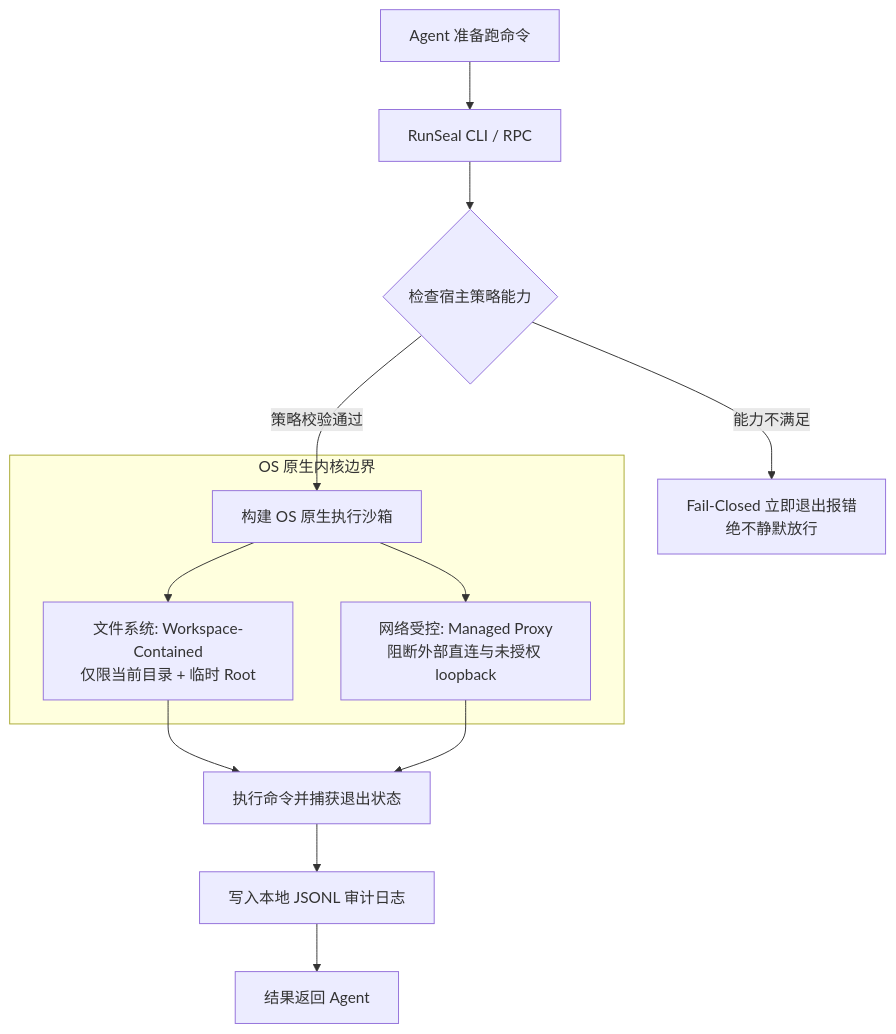
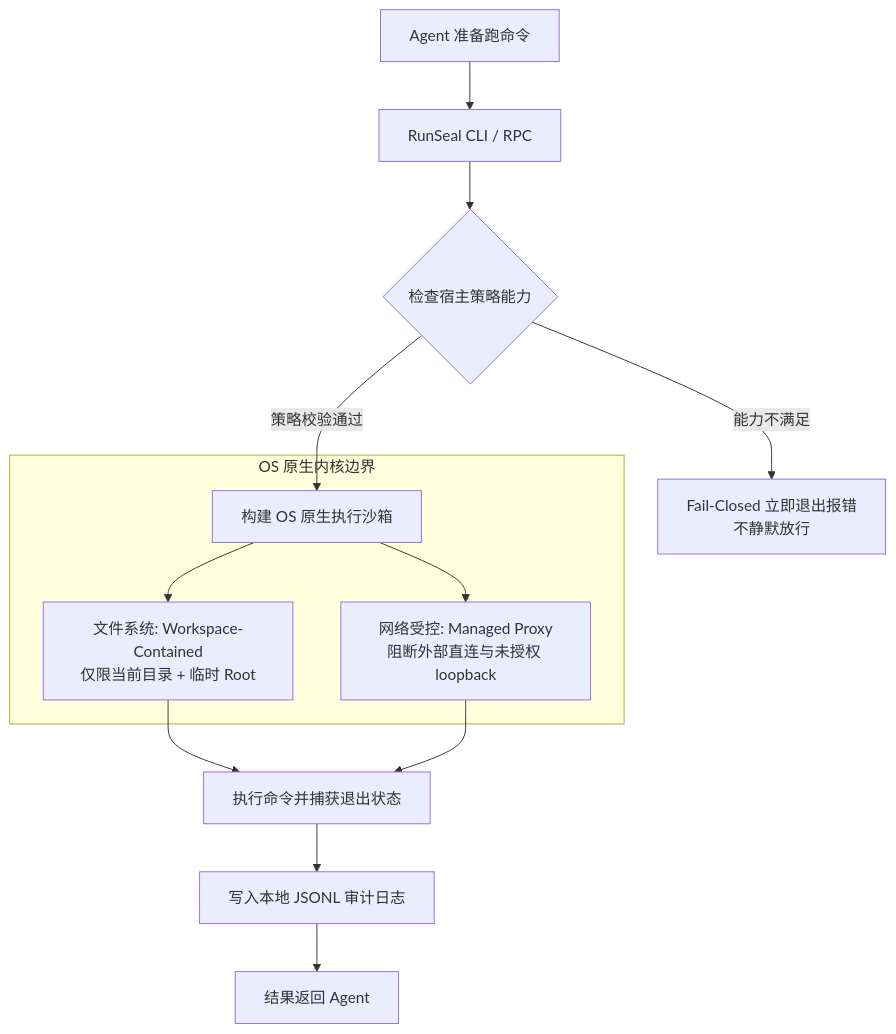
Before and after one commit to ferstar/blog: the diagram in content/posts/local-first-agent-execution-boundary-runseal.md, drawn with Mermaid. The commit also changed other lines of this file and 1 other file, not shown here.

```diff
--- a/content/posts/local-first-agent-execution-boundary-runseal.md
+++ b/content/posts/local-first-agent-execution-boundary-runseal.md
@@ -41,16 +41,16 @@
 {{< mermaid >}}
 flowchart TD
     A[Agent 准备跑命令] --> B[RunSeal CLI / RPC]
     B --> C{检查宿主策略能力}
-    C -->|能力不满足| D[Fail-Closed 立即退出报错<br/>绝不静默放行]
+    C -->|能力不满足| D[Fail-Closed 立即退出报错<br/>不静默放行]
     C -->|策略校验通过| E[构建 OS 原生执行沙箱]
     
     subgraph OS[OS 原生内核边界]
         E --> F[文件系统: Workspace-Contained<br/>仅限当前目录 + 临时 Root]
         E --> G[网络受控: Managed Proxy<br/>阻断外部直连与未授权 loopback]
     end
     
     F & G --> H[执行命令并捕获退出状态]
     H --> I[写入本地 JSONL 审计日志]
     I --> J[结果返回 Agent]
 {{< /mermaid >}}
```
